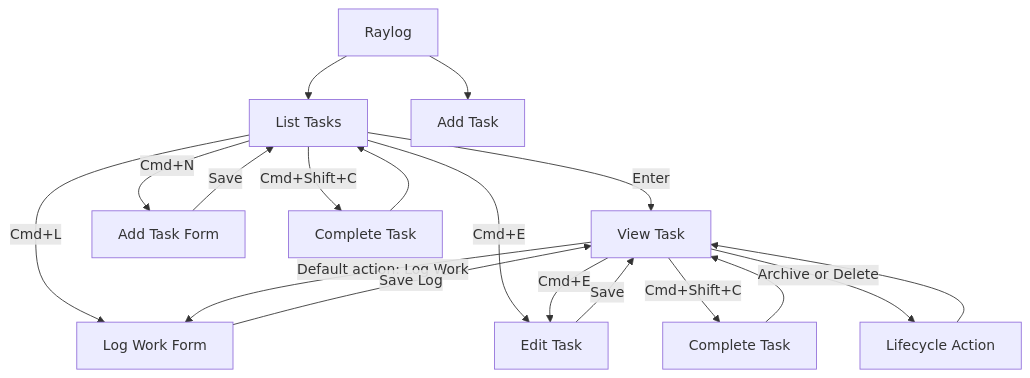
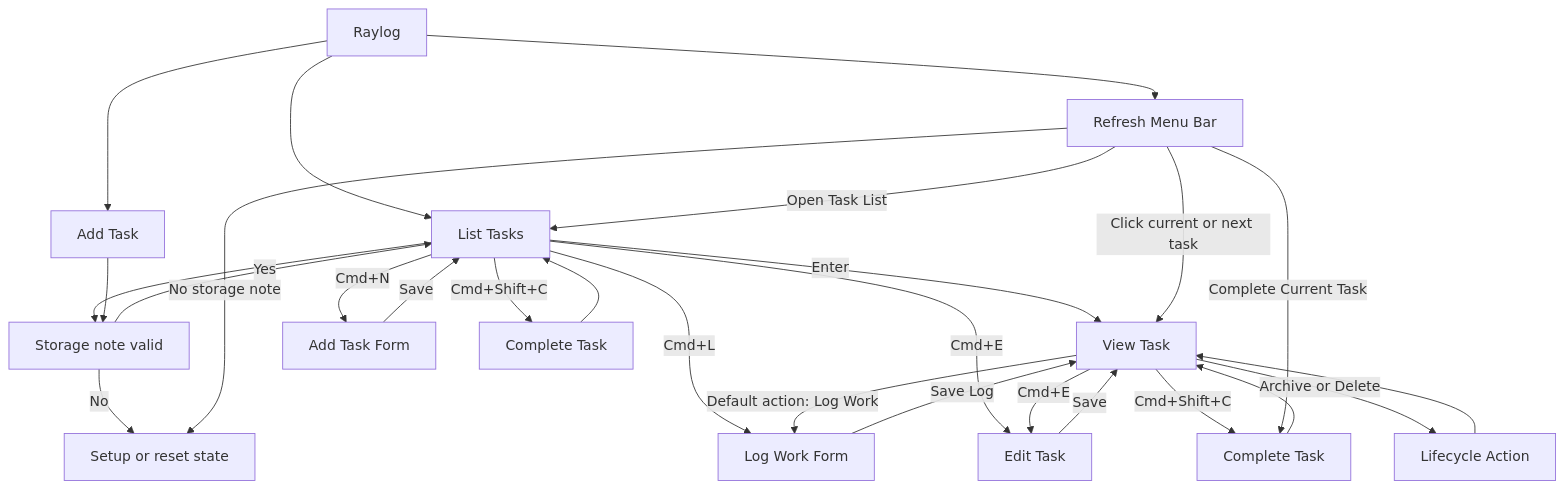
One commit to Dillon-McCardell/Raylog changed the diagram in README.md. Above: the diagram before and after it, drawn with Mermaid. The commit also changed other lines of this file and 8 other files, not shown here.

First line of the commit message:
feat: add Raylog menu bar task workflow

````diff
--- a/README.md
+++ b/README.md
@@ -47,23 +67,34 @@
 ```mermaid
 flowchart TD
     A["Raylog"] --> B["List Tasks"]
     A --> C["Add Task"]
+    A --> M["Refresh Menu Bar"]
+
+    B --> Z["Storage note valid"]
+    C --> Z
+    Z -->|"No"| X["Setup or reset state"]
+    Z -->|"Yes"| B
 
     B -->|"Enter"| E["View Task"]
     B -->|"Cmd+L"| I["Log Work Form"]
     B -->|"Cmd+N"| F["Add Task Form"]
     B -->|"Cmd+E"| G["Edit Task"]
     B -->|"Cmd+Shift+C"| H["Complete Task"]
 
     E -->|"Default action: Log Work"| I
     E -->|"Cmd+E"| G
     E -->|"Cmd+Shift+C"| J["Complete Task"]
     E -->|"Archive or Delete"| K["Lifecycle Action"]
 
     I -->|"Save Log"| E
     G -->|"Save"| E
     F -->|"Save"| B
     H --> B
     J --> E
     K --> E
+
+    M -->|"Click current or next task"| E
+    M -->|"Open Task List"| B
+    M -->|"Complete Current Task"| J
+    M -->|"No storage note"| X
 ```
````
